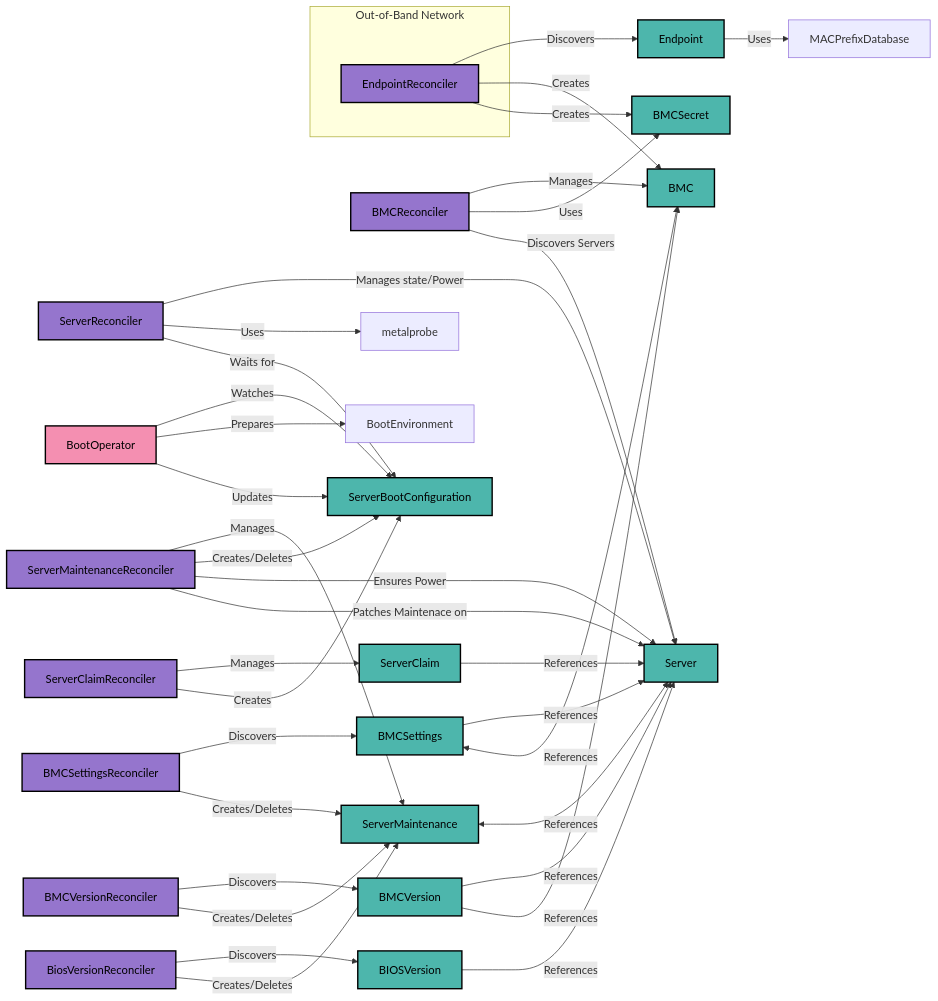
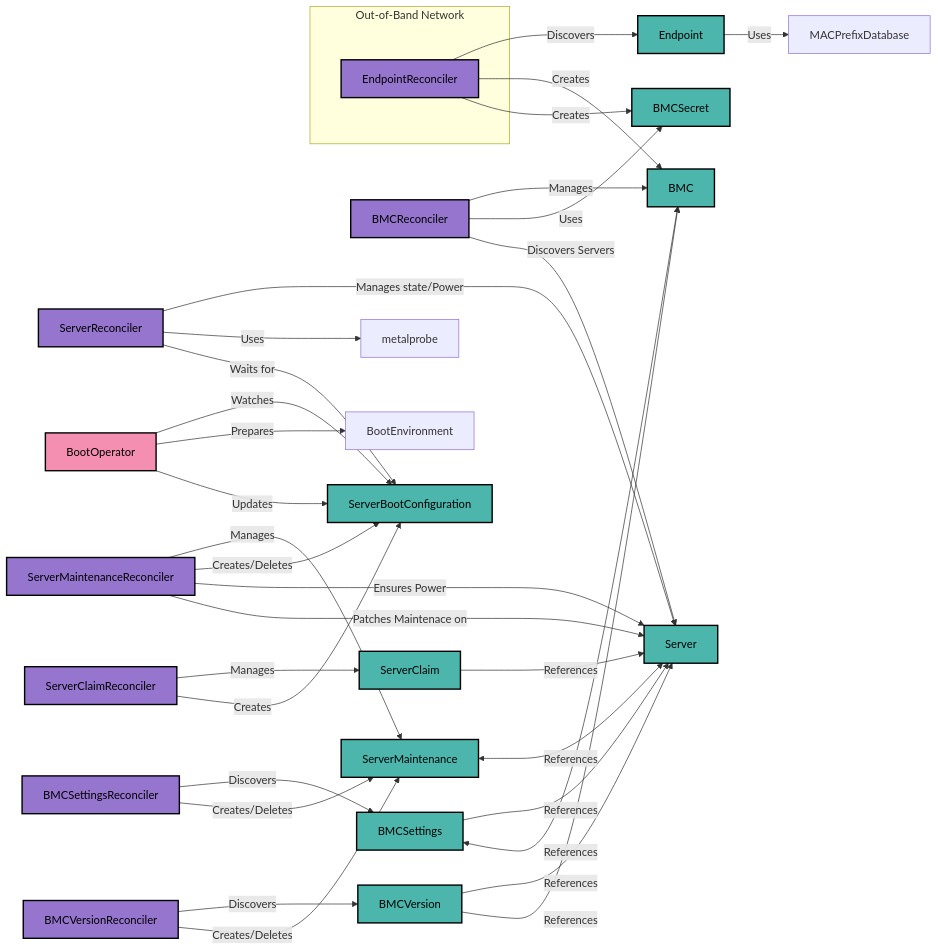
The diagram in docs/architecture.md (ironcore-dev/metal-operator), drawn with Mermaid before and after one commit. The commit also changed other lines of this file and 45 other files, not shown here.

````diff
--- a/docs/architecture.md
+++ b/docs/architecture.md
@@ -10,54 +10,50 @@
 ```mermaid
 flowchart LR
     subgraph Out-of-Band Network
         EndpointReconciler
     end
     EndpointReconciler -- Discovers --> Endpoint
     Endpoint -- Uses --> MACPrefixDatabase
     EndpointReconciler -- Creates --> BMC & BMCSecret
 
     BMCReconciler -- Manages --> BMC
     BMCReconciler -- Uses --> BMCSecret
     BMCReconciler -- Discovers Servers --> Server
 
     ServerReconciler -- Manages state/Power --> Server
     ServerReconciler -- Uses --> metalprobe
     ServerReconciler -- Waits for --> ServerBootConfiguration
     
     ServerMaintenanceReconciler -- Manages --> ServerMaintenance
     ServerMaintenanceReconciler -- Creates/Deletes --> ServerBootConfiguration
     ServerMaintenanceReconciler -- Ensures Power --> Server
     ServerMaintenanceReconciler -- Patches Maintenace on --> Server
 
     ServerMaintenance -- References <--> Server
 
     ServerClaimReconciler -- Manages --> ServerClaim
     ServerClaim -- References --> Server
     ServerClaimReconciler -- Creates --> ServerBootConfiguration
 
     BootOperator -- Watches --> ServerBootConfiguration
     BootOperator -- Prepares --> BootEnvironment
     BootOperator -- Updates --> ServerBootConfiguration
 
-    BiosVersionReconciler -- Discovers --> BIOSVersion
-    BiosVersionReconciler -- Creates/Deletes --> ServerMaintenance
-    BIOSVersion -- References --> Server
-
     BMCSettingsReconciler -- Discovers --> BMCSettings
     BMCSettingsReconciler -- Creates/Deletes --> ServerMaintenance
     BMCSettings -- References --> Server
     BMCSettings -- References <--> BMC
 
     BMCVersionReconciler -- Discovers --> BMCVersion
     BMCVersionReconciler -- Creates/Deletes --> ServerMaintenance
     BMCVersion -- References --> Server
     BMCVersion -- References --> BMC
 
     classDef operator fill:#9575cd, stroke:#000, stroke-width:2px, color:#000;
     classDef crd fill:#4db6ac, stroke:#000, stroke-width:2px, color:#000;
     classDef external fill:#f48fb1, stroke:#000, stroke-width:2px, color:#000;
 
-    class EndpointReconciler,BMCReconciler,ServerReconciler,ServerClaimReconciler,ServerMaintenanceReconciler,BiosVersionReconciler,BMCSettingsReconciler,BMCVersionReconciler operator;
-    class Endpoint,BMC,BMCSecret,Server,ServerClaim,ServerBootConfiguration,ServerMaintenance,BMCSettings,BMCVersion,BIOSVersion crd;
+    class EndpointReconciler,BMCReconciler,ServerReconciler,ServerClaimReconciler,ServerMaintenanceReconciler,BMCSettingsReconciler,BMCVersionReconciler operator;
+    class Endpoint,BMC,BMCSecret,Server,ServerClaim,ServerBootConfiguration,ServerMaintenance,BMCSettings,BMCVersion crd;
     class BootOperator external;
 ```
````
